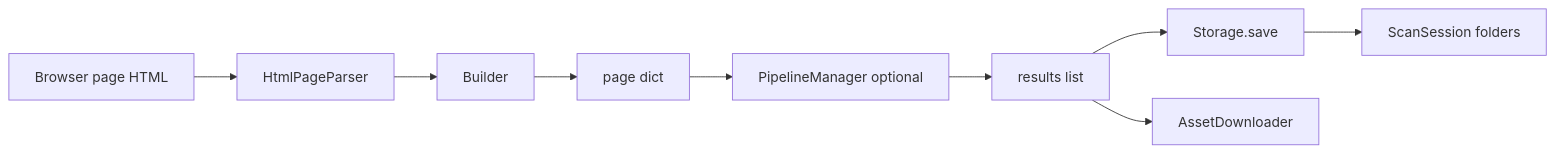
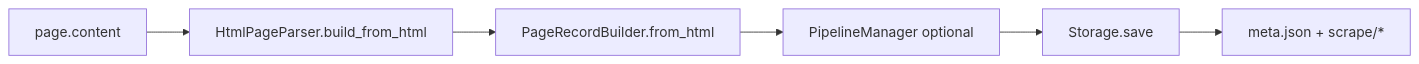
Before and after one commit to Shellghostt/WebVac: the diagram in docs/architecture/DATA.md, drawn with Mermaid. The commit also changed other lines of this file and 8 other files, not shown here.

First line of the commit message:
Document subsystem architecture deep dives

````diff
--- a/docs/architecture/DATA.md
+++ b/docs/architecture/DATA.md
@@ -18,11 +19,8 @@
 ```mermaid
 flowchart LR
-  Page[Browser page HTML] --> Parser[HtmlPageParser]
-  Parser --> Builder
-  Builder --> Dict[page dict]
-  Dict --> Pipe[PipelineManager optional]
-  Pipe --> Results[results list]
-  Results --> Storage[Storage.save]
-  Results --> Assets[AssetDownloader]
-  Storage --> Layout[ScanSession folders]
+  HTML[page.content] --> Parser[HtmlPageParser.build_from_html]
+  Parser --> Rec[PageRecordBuilder.from_html]
+  Rec --> Pipe[PipelineManager optional]
+  Pipe --> Store[Storage.save]
+  Store --> Meta[meta.json + scrape/*]
 ```
````
